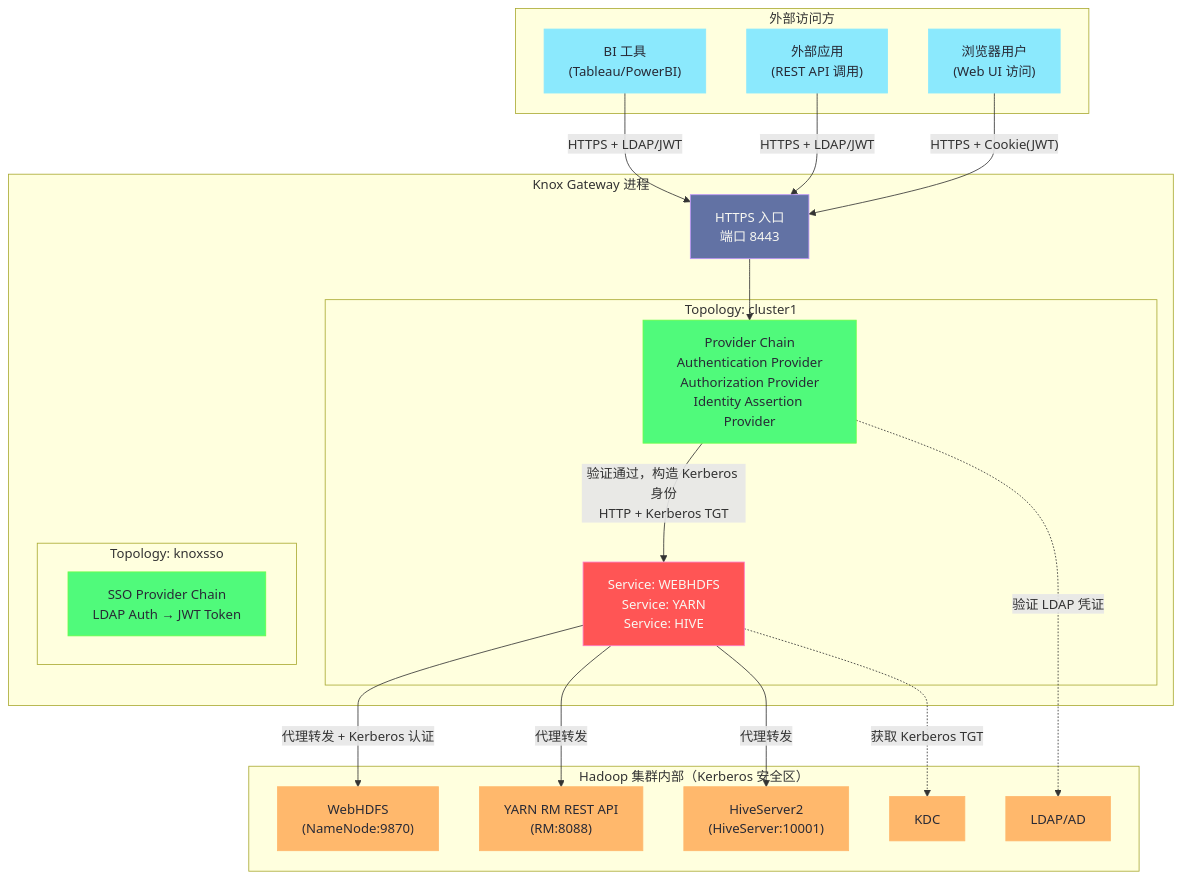
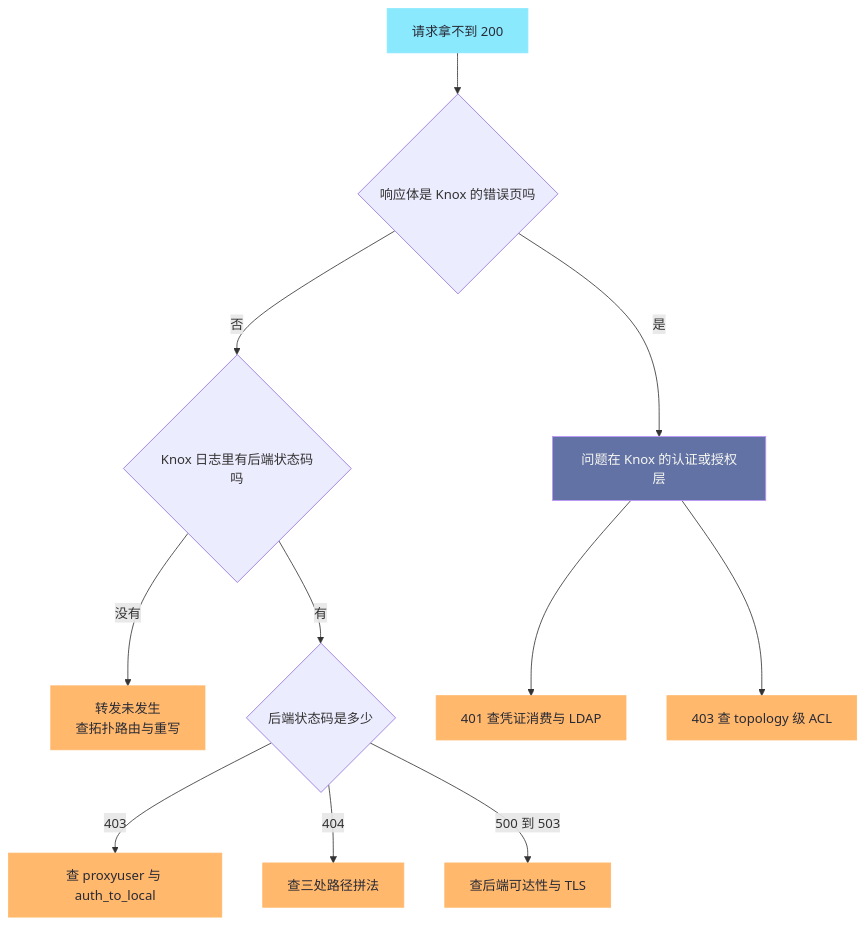
The fourth of 5 diagrams in content/大数据/安全与认证/05 Apache Knox 网关深度解析.md (hpliStartAgain/my-brain), drawn with Mermaid before and after one commit. The commit also changed other lines of this file and 455 other files, not shown here.

````diff
--- a/content/大数据/安全与认证/05 Apache Knox 网关深度解析.md
+++ b/content/大数据/安全与认证/05 Apache Knox 网关深度解析.md
@@ -47,47 +448,18 @@
 ```mermaid
 %%{init: {'theme': 'dracula'}}%%
 graph TD
-    classDef external fill:#8be9fd,stroke:#8be9fd,color:#282a36
-    classDef knox fill:#6272a4,stroke:#bd93f9,color:#f8f8f2
-    classDef provider fill:#50fa7b,stroke:#69ff47,color:#282a36
-    classDef service fill:#ff5555,stroke:#ff79c6,color:#f8f8f2
-    classDef hadoop fill:#ffb86c,stroke:#ffb86c,color:#282a36
+    classDef start fill:#8be9fd,stroke:#8be9fd,color:#282a36
+    classDef step fill:#6272a4,stroke:#bd93f9,color:#f8f8f2
+    classDef leaf fill:#ffb86c,stroke:#ffb86c,color:#282a36
 
-    subgraph "外部访问方"
-        A["BI 工具</br>(Tableau/PowerBI)"]:::external
-        B["外部应用</br>(REST API 调用)"]:::external
-        C["浏览器用户</br>(Web UI 访问)"]:::external
-    end
-
-    subgraph "Knox Gateway 进程"
-        D["HTTPS 入口</br>端口 8443"]:::knox
-        
-        subgraph "Topology: cluster1"
-            E["Provider Chain</br>Authentication Provider</br>Authorization Provider</br>Identity Assertion Provider"]:::provider
-            F["Service: WEBHDFS</br>Service: YARN</br>Service: HIVE"]:::service
-        end
-        
-        subgraph "Topology: knoxsso"
-            G["SSO Provider Chain</br>LDAP Auth → JWT Token"]:::provider
-        end
-    end
-
-    subgraph "Hadoop 集群内部（Kerberos 安全区）"
-        H["WebHDFS</br>(NameNode:9870)"]:::hadoop
-        I["YARN RM REST API</br>(RM:8088)"]:::hadoop
-        J["HiveServer2</br>(HiveServer:10001)"]:::hadoop
-        K["KDC"]:::hadoop
-        L["LDAP/AD"]:::hadoop
-    end
-
-    A -->|"HTTPS + LDAP/JWT"| D
-    B -->|"HTTPS + LDAP/JWT"| D
-    C -->|"HTTPS + Cookie(JWT)"| D
-    D --> E
-    E -->|"验证通过，构造 Kerberos 身份</br>HTTP + Kerberos TGT"| F
-    F -->|"代理转发 + Kerberos 认证"| H
-    F -->|"代理转发"| I
-    F -->|"代理转发"| J
-    E -.->|"验证 LDAP 凭证"| L
-    F -.->|"获取 Kerberos TGT"| K
+    A["请求拿不到 200"]:::start --> B{"响应体是 Knox 的错误页吗"}
+    B -->|"是"| C["问题在 Knox 的认证或授权层"]:::step
+    B -->|"否"| D{"Knox 日志里有后端状态码吗"}
+    D -->|"没有"| E["转发未发生<br/>查拓扑路由与重写"]:::leaf
+    D -->|"有"| F{"后端状态码是多少"}
+    C --> C1["401 查凭证消费与 LDAP"]:::leaf
+    C --> C2["403 查 topology 级 ACL"]:::leaf
+    F -->|"403"| G["查 proxyuser 与 auth_to_local"]:::leaf
+    F -->|"404"| H["查三处路径拼法"]:::leaf
+    F -->|"500 到 503"| I["查后端可达性与 TLS"]:::leaf
 ```
````
